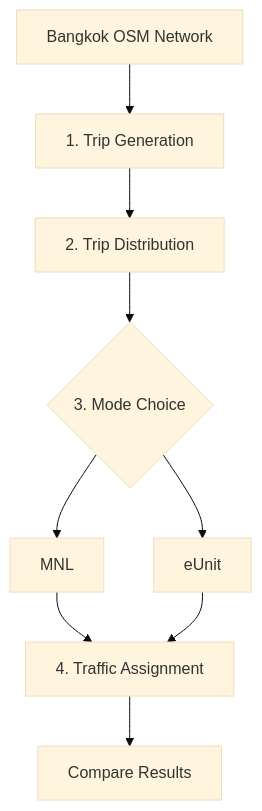
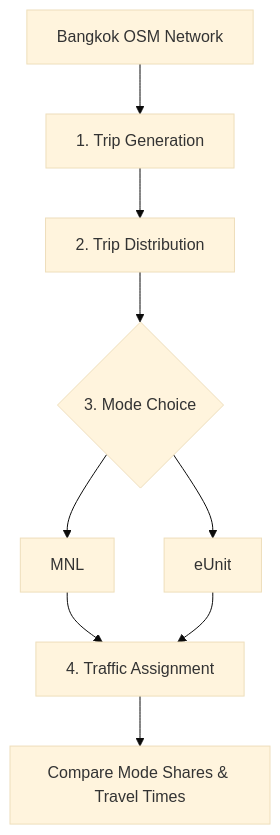
One commit to psalaloung-JOJO/bangkok-four-step-mnl-eunit changed the diagram in README.md. Above: the diagram before and after it, drawn with Mermaid (base theme).

Commit message:
Rename final pipeline step in README

````diff
--- a/README.md
+++ b/README.md
@@ -16,11 +16,11 @@
 ```mermaid
 flowchart TD
     A[Bangkok OSM Network] --> B[1. Trip Generation]
     B --> C[2. Trip Distribution]
     C --> D{3. Mode Choice}
     D --> E[MNL]
     D --> F[eUnit]
     E --> G[4. Traffic Assignment]
     F --> G
-    G --> H[Compare Results]
+    G --> H[Compare Mode Shares & Travel Times]
 ```
````
